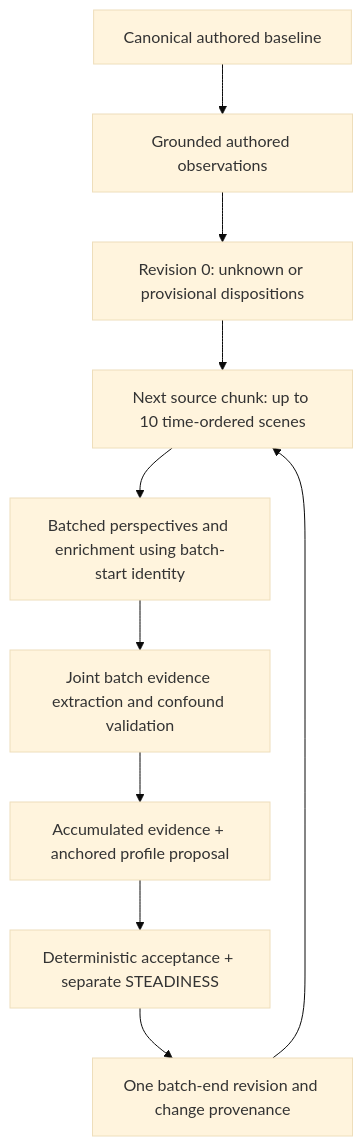
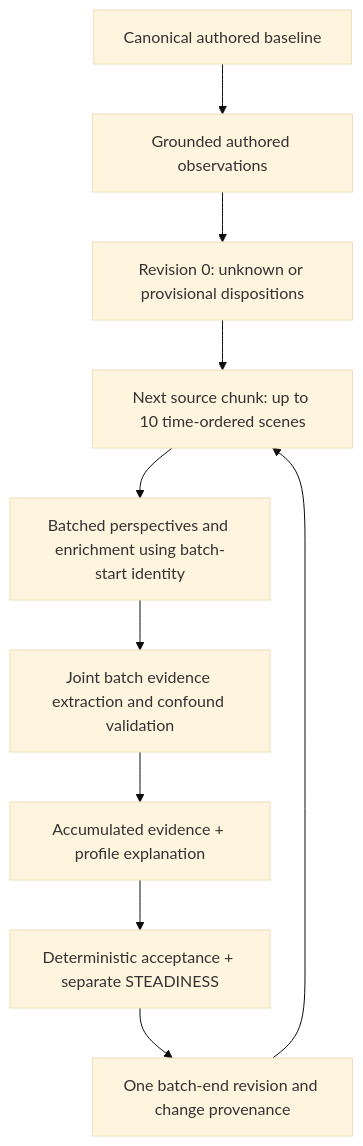
Before and after one commit to pablovin/Shrecknet: the diagram in Documentation/Agents/CharacterAgent/Dispositional Traits Plan.md, drawn with Mermaid (base theme). The commit also changed other lines of this file and 27 other files, not shown here.

````diff
--- a/Documentation/Agents/CharacterAgent/Dispositional Traits Plan.md
+++ b/Documentation/Agents/CharacterAgent/Dispositional Traits Plan.md
@@ -149,12 +170,12 @@
 ```mermaid
 flowchart TD
     A[Canonical authored baseline] --> B[Grounded authored observations]
     B --> C[Revision 0: unknown or provisional dispositions]
     C --> D[Next source chunk: up to 10 time-ordered scenes]
     D --> E[Batched perspectives and enrichment using batch-start identity]
     E --> F[Joint batch evidence extraction and confound validation]
-    F --> G[Accumulated evidence + anchored profile proposal]
+    F --> G[Accumulated evidence + profile explanation]
     G --> H[Deterministic acceptance + separate STEADINESS]
     H --> I[One batch-end revision and change provenance]
     I --> D
 ```
````
